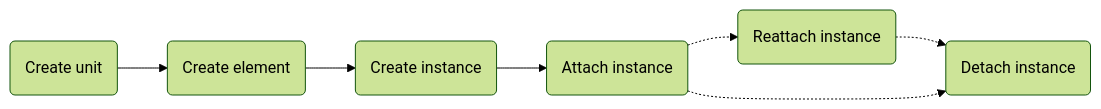
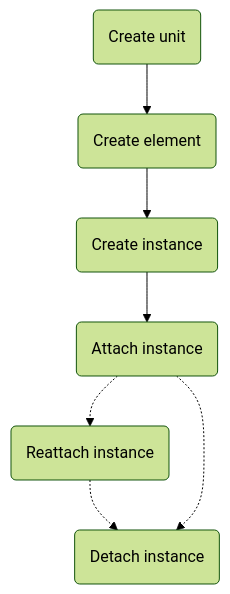
Before and after one commit to EvgenyiFedotov/restarfall: the first of 4 diagrams in packages/restarfall/readme.md, drawn with Mermaid (forest theme). The commit also changed other lines of this file, not shown here.

````diff
--- a/packages/restarfall/readme.md
+++ b/packages/restarfall/readme.md
@@ -431,16 +434,16 @@
 ```mermaid
-flowchart LR
+flowchart TB
   unit("Create unit")
   element("Create element")
   instance("Create instance")
   attach("Attach instance")
   reattach("Reattach instance")
   detach("Detach instance")
 
   unit --> element
   element --> instance
   instance --> attach
   attach -.-> reattach
   reattach -.-> detach
   attach -.-> detach
 ```
````
